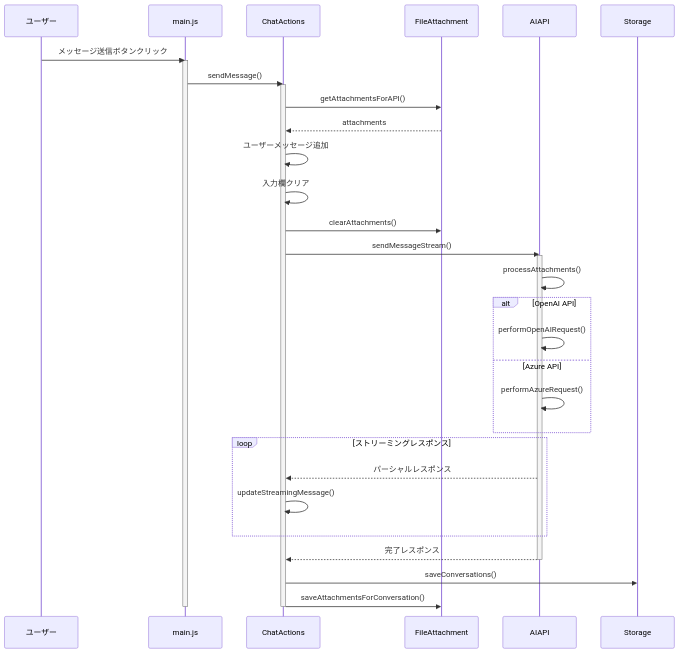
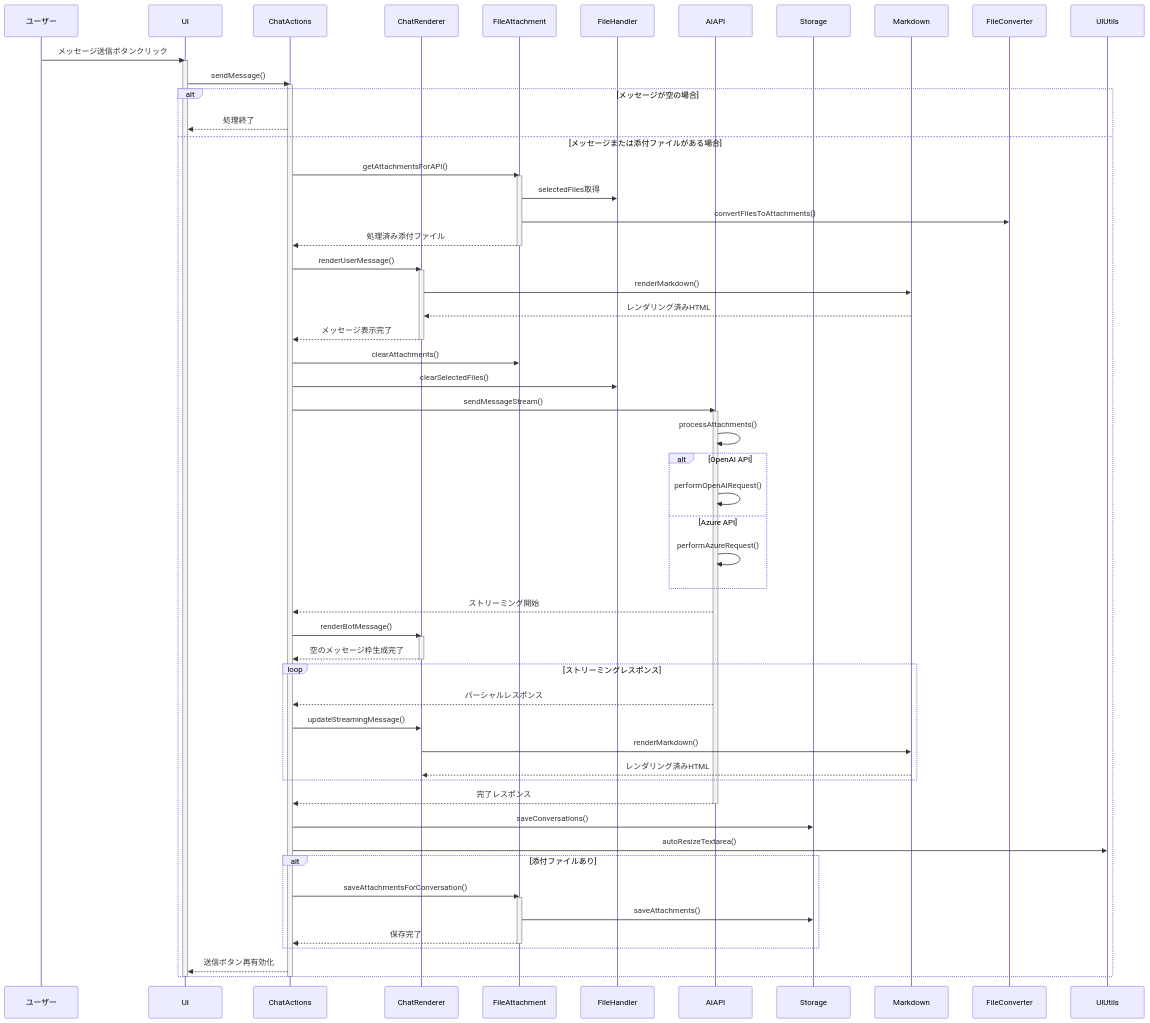
The seventh of 11 diagrams in ChatBot_設計仕様書.md (SuperPyonchiX/ChatBot), drawn with Mermaid before and after one commit. The commit also changed other lines of this file, not shown here.

````diff
--- a/ChatBot_設計仕様書.md
+++ b/ChatBot_設計仕様書.md
@@ -1240,43 +1242,80 @@
 ```mermaid
 sequenceDiagram
     participant User as ユーザー
-    participant Main as main.js
+    participant UI as UI
     participant ChatActions as ChatActions
+    participant ChatRenderer as ChatRenderer
     participant FileAttachment as FileAttachment
+    participant FileHandler as FileHandler
     participant AIAPI as AIAPI
     participant Storage as Storage
+    participant Markdown as Markdown
     
-    User->>Main: メッセージ送信ボタンクリック
-    activate Main
-    Main->>ChatActions: sendMessage()
+    User->>UI: メッセージ送信ボタンクリック
+    activate UI
+    UI->>ChatActions: sendMessage()
     activate ChatActions
-    ChatActions->>FileAttachment: getAttachmentsForAPI()
-    FileAttachment-->>ChatActions: attachments
     
-    ChatActions->>ChatActions: ユーザーメッセージ追加
-    ChatActions->>ChatActions: 入力欄クリア
-    ChatActions->>FileAttachment: clearAttachments()
-    
-    ChatActions->>AIAPI: sendMessageStream()
-    activate AIAPI
-    AIAPI->>AIAPI: processAttachments()
-    
-    alt OpenAI API
-        AIAPI->>AIAPI: performOpenAIRequest()
-    else Azure API
-        AIAPI->>AIAPI: performAzureRequest()
+    alt メッセージが空の場合
+        ChatActions-->>UI: 処理終了
+    else メッセージまたは添付ファイルがある場合
+        ChatActions->>FileAttachment: getAttachmentsForAPI()
+        activate FileAttachment
+        FileAttachment->>FileHandler: selectedFiles取得
+        FileAttachment->>FileConverter: convertFilesToAttachments()
+        FileAttachment-->>ChatActions: 処理済み添付ファイル
+        deactivate FileAttachment
+        
+        ChatActions->>ChatRenderer: renderUserMessage()
+        activate ChatRenderer
+        ChatRenderer->>Markdown: renderMarkdown()
+        Markdown-->>ChatRenderer: レンダリング済みHTML
+        ChatRenderer-->>ChatActions: メッセージ表示完了
+        deactivate ChatRenderer
+        
+        ChatActions->>FileAttachment: clearAttachments()
+        ChatActions->>FileHandler: clearSelectedFiles()
+        
+        ChatActions->>AIAPI: sendMessageStream()
+        activate AIAPI
+        AIAPI->>AIAPI: processAttachments()
+        
+        alt OpenAI API
+            AIAPI->>AIAPI: performOpenAIRequest()
+        else Azure API
+            AIAPI->>AIAPI: performAzureRequest()
+        end
+        
+        AIAPI-->>ChatActions: ストリーミング開始
+        
+        ChatActions->>ChatRenderer: renderBotMessage()
+        activate ChatRenderer
+        ChatRenderer-->>ChatActions: 空のメッセージ枠生成完了
+        deactivate ChatRenderer
+        
+        loop ストリーミングレスポンス
+            AIAPI-->>ChatActions: パーシャルレスポンス
+            ChatActions->>ChatRenderer: updateStreamingMessage()
+            ChatRenderer->>Markdown: renderMarkdown()
+            Markdown-->>ChatRenderer: レンダリング済みHTML
+        end
+        
+        AIAPI-->>ChatActions: 完了レスポンス
+        deactivate AIAPI
+        
+        ChatActions->>Storage: saveConversations()
+        ChatActions->>UIUtils: autoResizeTextarea()
+        
+        alt 添付ファイルあり
+            ChatActions->>FileAttachment: saveAttachmentsForConversation()
+            activate FileAttachment
+            FileAttachment->>Storage: saveAttachments()
+            FileAttachment-->>ChatActions: 保存完了
+            deactivate FileAttachment
+        end
+        
+        ChatActions-->>UI: 送信ボタン再有効化
     end
-    
-    loop ストリーミングレスポンス
-        AIAPI-->>ChatActions: パーシャルレスポンス
-        ChatActions->>ChatActions: updateStreamingMessage()
-    end
-    
-    AIAPI-->>ChatActions: 完了レスポンス
-    deactivate AIAPI
-    
-    ChatActions->>Storage: saveConversations()
-    ChatActions->>FileAttachment: saveAttachmentsForConversation()
     deactivate ChatActions
-    deactivate Main
+    deactivate UI
 ```
````
